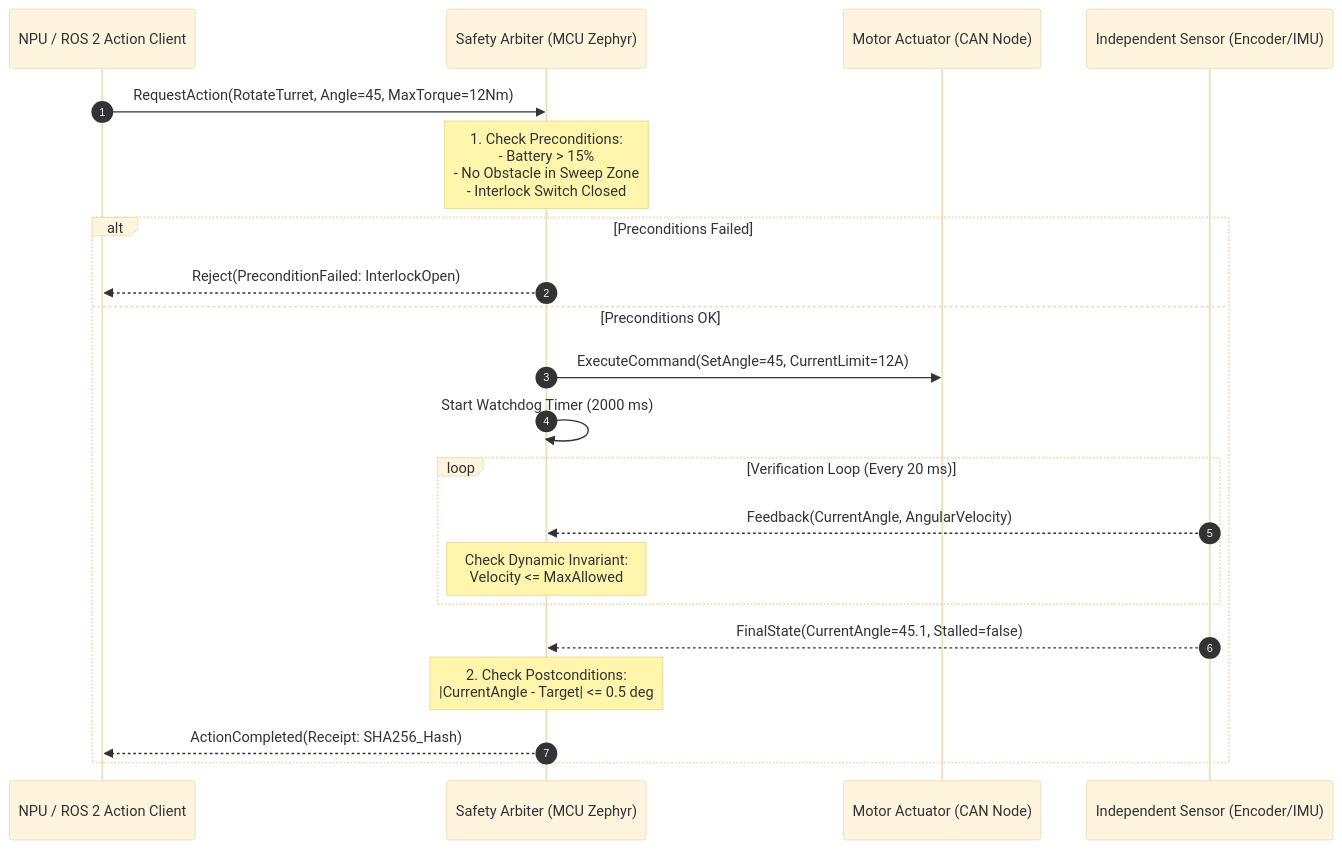
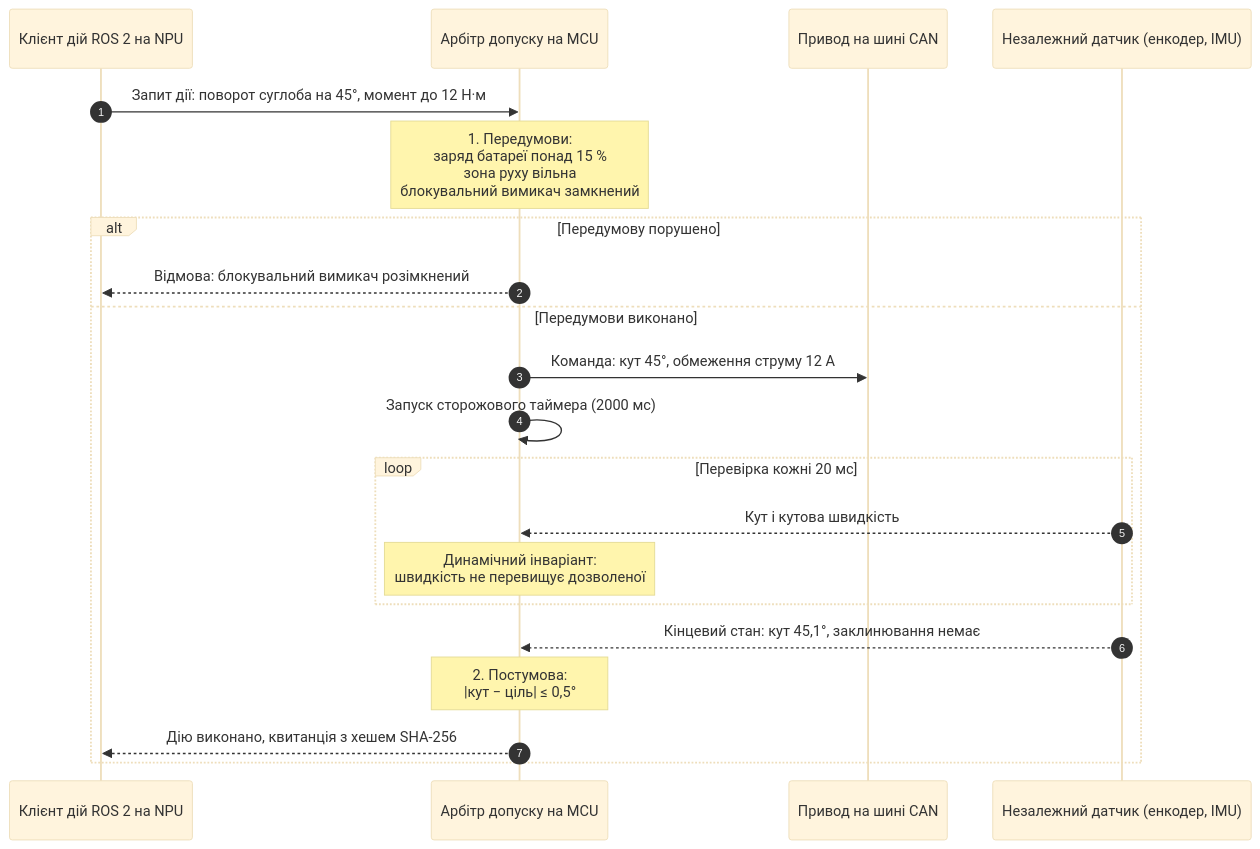
The fourth of 8 diagrams in ExpertSystem/appendix-b-robotics-and-cyber-physical-systems.md (nick-fedchik/articles), drawn with Mermaid (base theme) before and after one commit. The commit also changed other lines of this file, not shown here.

````diff
--- a/ExpertSystem/appendix-b-robotics-and-cyber-physical-systems.md
+++ b/ExpertSystem/appendix-b-robotics-and-cyber-physical-systems.md
@@ -266,29 +238,32 @@
 ```mermaid
 sequenceDiagram
     autonumber
-    participant High as NPU / ROS 2 Action Client
-    participant Expert as Safety Arbiter (MCU Zephyr)
-    participant Act as Motor Actuator (CAN Node)
-    participant Sens as Independent Sensor (Encoder/IMU)
+    accTitle: Контракт дії для повороту суглоба маніпулятора
+    accDescr: Арбітр перевіряє передумови, запускає привод, стежить за динамічними інваріантами за незалежними датчиками й перевіряє постумови.
 
-    High->>Expert: RequestAction(RotateTurret, Angle=45, MaxTorque=12Nm)
-    
-    Note over Expert: 1. Check Preconditions:<br/>- Battery > 15%<br/>- No Obstacle in Sweep Zone<br/>- Interlock Switch Closed
-    
-    alt Preconditions Failed
-        Expert-->>High: Reject(PreconditionFailed: InterlockOpen)
-    else Preconditions OK
-        Expert->>Act: ExecuteCommand(SetAngle=45, CurrentLimit=12A)
-        Expert->>Expert: Start Watchdog Timer (2000 ms)
-        
-        loop Verification Loop (Every 20 ms)
-            Sens-->>Expert: Feedback(CurrentAngle, AngularVelocity)
-            Note over Expert: Check Dynamic Invariant:<br/>Velocity <= MaxAllowed
+    participant High as Клієнт дій ROS 2 на NPU
+    participant Expert as Арбітр допуску на MCU
+    participant Act as Привод на шині CAN
+    participant Sens as Незалежний датчик (енкодер, IMU)
+
+    High->>Expert: Запит дії: поворот суглоба на 45°, момент до 12 Н·м
+
+    Note over Expert: 1. Передумови:<br/>заряд батареї понад 15 %<br/>зона руху вільна<br/>блокувальний вимикач замкнений
+
+    alt Передумову порушено
+        Expert-->>High: Відмова: блокувальний вимикач розімкнений
+    else Передумови виконано
+        Expert->>Act: Команда: кут 45°, обмеження струму 12 А
+        Expert->>Expert: Запуск сторожового таймера (2000 мс)
+
+        loop Перевірка кожні 20 мс
+            Sens-->>Expert: Кут і кутова швидкість
+            Note over Expert: Динамічний інваріант:<br/>швидкість не перевищує дозволеної
         end
-        
-        Sens-->>Expert: FinalState(CurrentAngle=45.1, Stalled=false)
-        Note over Expert: 2. Check Postconditions:<br/>|CurrentAngle - Target| <= 0.5 deg
-        
-        Expert-->>High: ActionCompleted(Receipt: SHA256_Hash)
+
+        Sens-->>Expert: Кінцевий стан: кут 45,1°, заклинювання немає
+        Note over Expert: 2. Постумова:<br/>|кут − ціль| ≤ 0,5°
+
+        Expert-->>High: Дію виконано, квитанція з хешем SHA-256
     end
 ```
````
